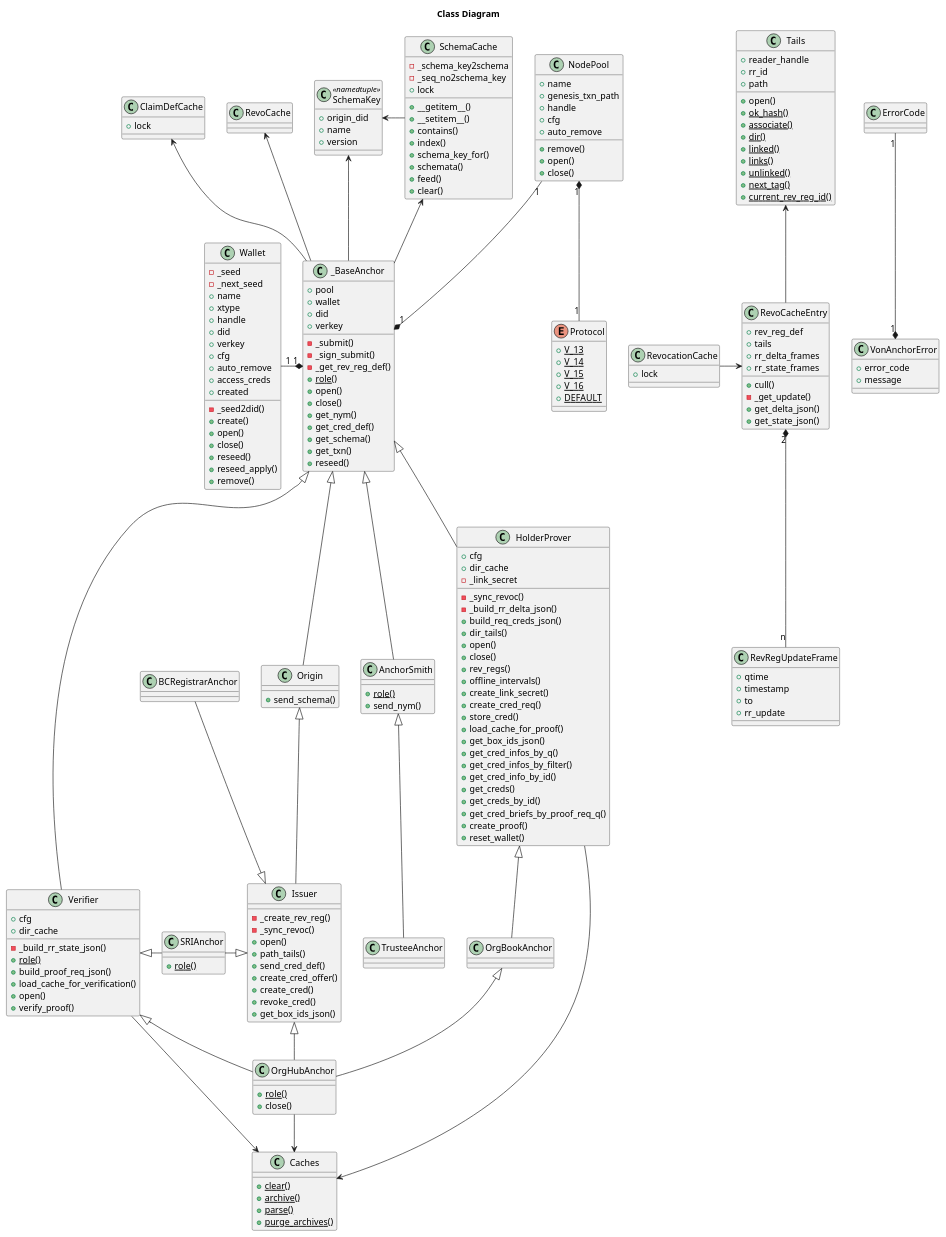
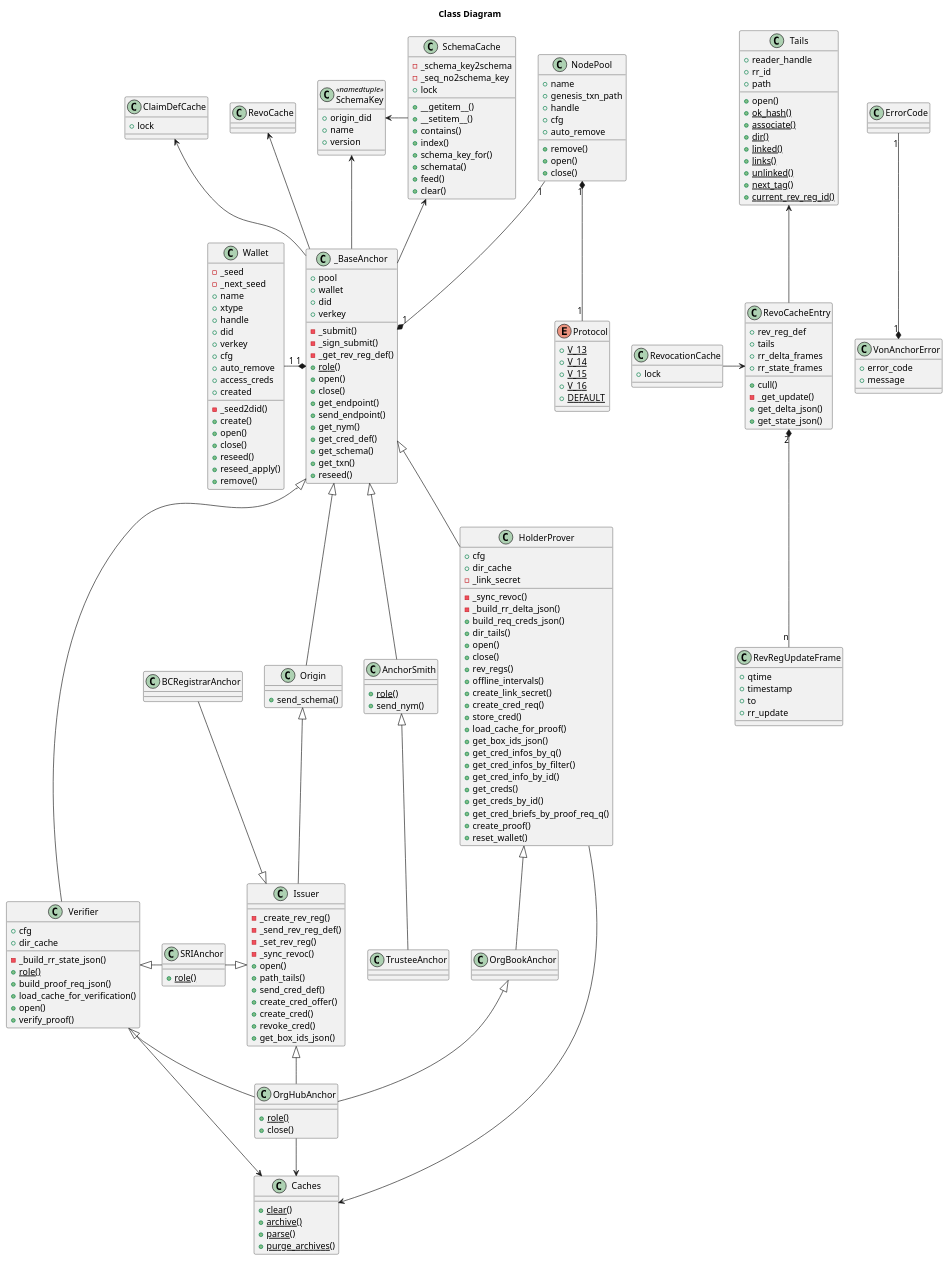
Before and after one commit to PSPC-SPAC-buyandsell/von_base: the diagram in doc/pic/src/class.puml, drawn with PlantUML. The commit also changed 9 other files, not shown here.

```diff
--- a/doc/pic/src/class.puml
+++ b/doc/pic/src/class.puml
@@ -144,6 +144,8 @@
     {static} +role()
     +open()
     +close()
+    +get_endpoint()
+    +send_endpoint()
     +get_nym()
     +get_cred_def()
     +get_schema()
@@ -162,6 +164,8 @@
 
 class Issuer {
     -_create_rev_reg()
+    -_send_rev_reg_def()
+    -_set_rev_reg()
     -_sync_revoc()
     +open()
     +path_tails()
```
